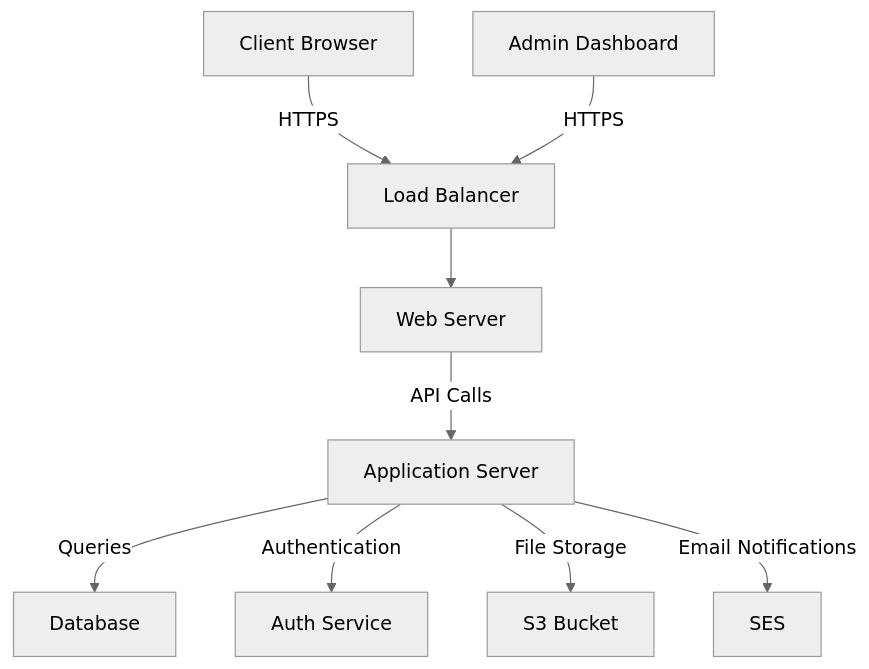
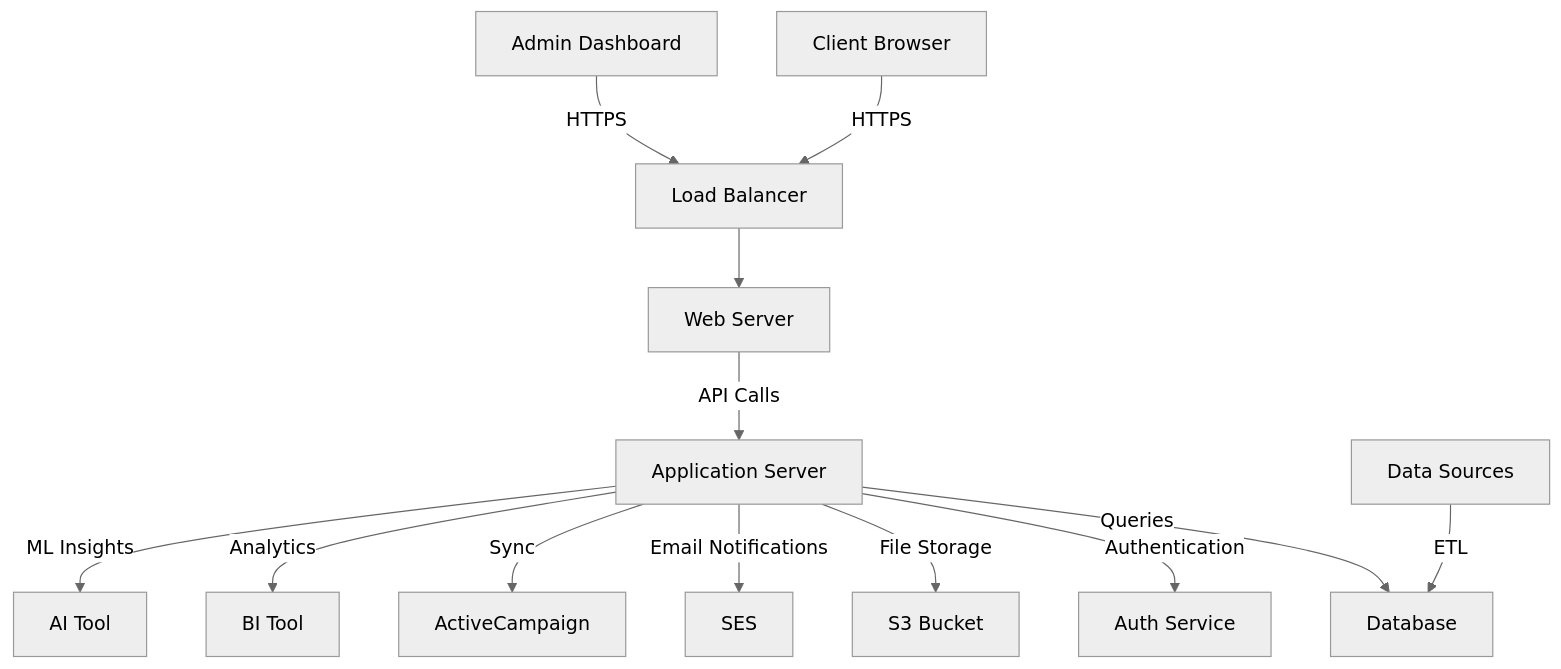
One commit to Tron-AI/technical-implementation-plan changed the first of 5 diagrams in README.md. Above: the diagram before and after it, drawn with Mermaid (neutral theme). The commit also changed other lines of this file, not shown here.

````diff
--- a/README.md
+++ b/README.md
@@ -67,11 +75,15 @@
 ```mermaid
 graph TD
     A[Client Browser] -->|HTTPS| B[Load Balancer]
     B --> C[Web Server]
     C -->|API Calls| D[Application Server]
     D -->|Queries| E[Database]
     D -->|Authentication| F[Auth Service]
     D -->|File Storage| G[S3 Bucket]
     D -->|Email Notifications| H[SES]
     I[Admin Dashboard] -->|HTTPS| B
+    D -->|Sync| J[ActiveCampaign]
+    D -->|Analytics| K[BI Tool]
+    D -->|ML Insights| L[AI Tool]
+    M[Data Sources] -->|ETL| E
 ```
````
